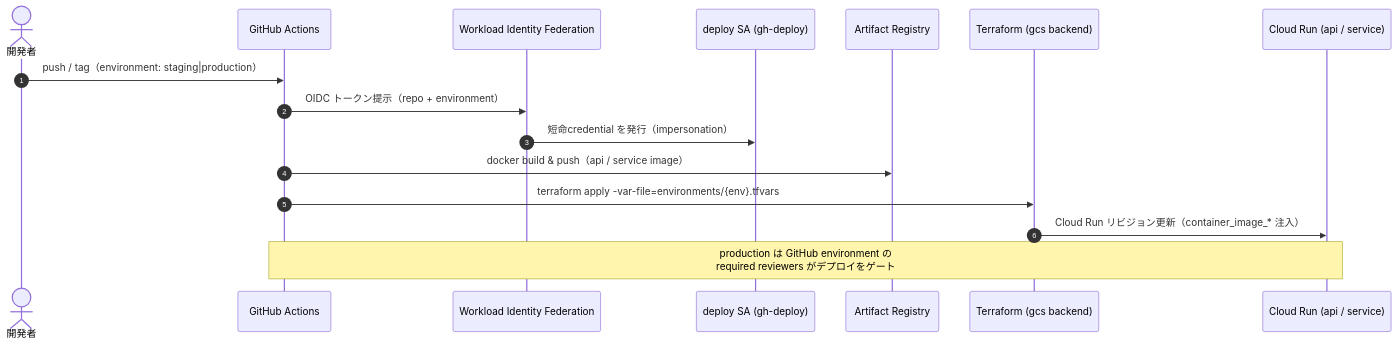
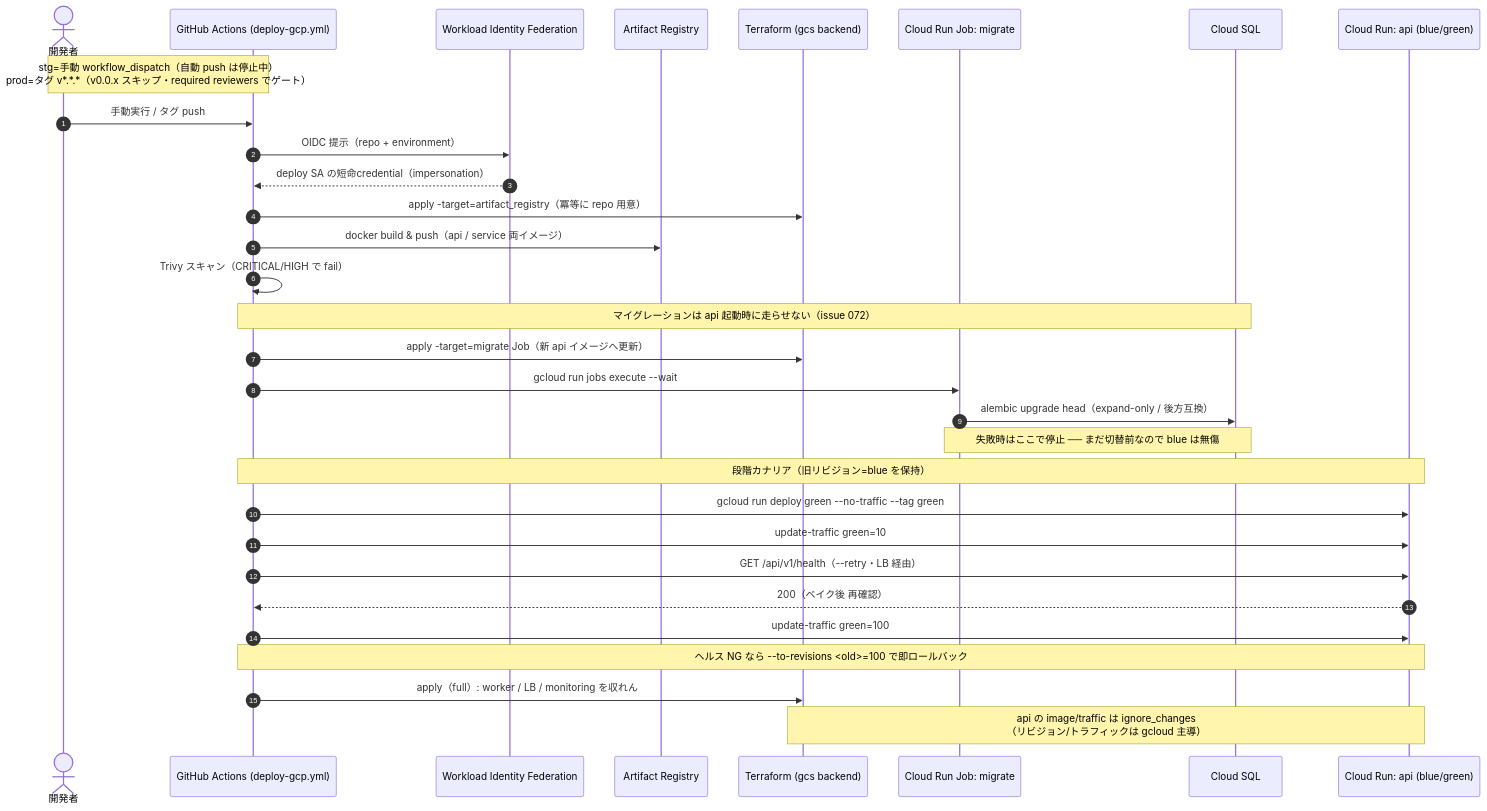
The seventh of 7 diagrams in docs/infra/sequence-diagrams.md (HarutoTakita/dev-debt-ops), drawn with Mermaid before and after one commit. The commit also changed other lines of this file, not shown here.

Commit message:
:books: [docs] シーケンス図 #7（CI/CD）を現行のブルーグリーン構成に最新化
- 「deploy ワークフローは未配置」という旧記述を実態へ更新: deploy-stg.yml（手動 workflow_dispatch・自動 push 停止中）/ deploy-prod.yml（タグ v*.*.*・v0.0.x スキップ・required reviewers ゲート）→ 再利用 deploy-gcp.yml
- issue 072 のフローを反映: マイグレーションは boot で実行せず migrate Cloud Run Job で expand-only を切替前に適用 → api を段階カナリア（0%→10%→100%・ヘルスゲート・即ロールバック）→ full apply で worker/LB/monitoring を収れん（api image/traffic は ignore_changes）
- Trivy スキャン・Artifact Registry 事前用意・WIF impersonation も明示
- 見出し変更に合わせて目次アンカーを追随（#1〜#6 は現行実装と一致を確認済みで据え置き）

````diff
--- a/docs/infra/sequence-diagrams.md
+++ b/docs/infra/sequence-diagrams.md
@@ -237,19 +241,38 @@
 ```mermaid
 sequenceDiagram
     autonumber
     actor Dev as 開発者
-    participant GHA as GitHub Actions
+    participant GHA as GitHub Actions (deploy-gcp.yml)
     participant WIF as Workload Identity Federation
-    participant SA as deploy SA (gh-deploy)
     participant AR as Artifact Registry
     participant TF as Terraform (gcs backend)
-    participant CR as Cloud Run (api / service)
+    participant MJ as Cloud Run Job: migrate
+    participant DB as Cloud SQL
+    participant API as Cloud Run: api (blue/green)
 
-    Dev->>GHA: push / tag（environment: staging|production）
-    GHA->>WIF: OIDC トークン提示（repo + environment）
-    WIF->>SA: 短命credential を発行（impersonation）
-    GHA->>AR: docker build & push（api / service image）
-    GHA->>TF: terraform apply -var-file=environments/{env}.tfvars
-    TF->>CR: Cloud Run リビジョン更新（container_image_* 注入）
-    Note over GHA,CR: production は GitHub environment の<br/>required reviewers がデプロイをゲート
+    Note over Dev,GHA: stg=手動 workflow_dispatch（自動 push は停止中）<br/>prod=タグ v*.*.*（v0.0.x スキップ・required reviewers でゲート）
+    Dev->>GHA: 手動実行 / タグ push
+    GHA->>WIF: OIDC 提示（repo + environment）
+    WIF-->>GHA: deploy SA の短命credential（impersonation）
+
+    GHA->>TF: apply -target=artifact_registry（冪等に repo 用意）
+    GHA->>AR: docker build & push（api / service 両イメージ）
+    GHA->>GHA: Trivy スキャン（CRITICAL/HIGH で fail）
+
+    Note over GHA,DB: マイグレーションは api 起動時に走らせない（issue 072）
+    GHA->>TF: apply -target=migrate Job（新 api イメージへ更新）
+    GHA->>MJ: gcloud run jobs execute --wait
+    MJ->>DB: alembic upgrade head（expand-only / 後方互換）
+    Note over MJ,DB: 失敗時はここで停止 ── まだ切替前なので blue は無傷
+
+    Note over GHA,API: 段階カナリア（旧リビジョン=blue を保持）
+    GHA->>API: gcloud run deploy green --no-traffic --tag green
+    GHA->>API: update-traffic green=10
+    GHA->>API: GET /api/v1/health（--retry・LB 経由）
+    API-->>GHA: 200（ベイク後 再確認）
+    GHA->>API: update-traffic green=100
+    Note over GHA,API: ヘルス NG なら --to-revisions <old>=100 で即ロールバック
+
+    GHA->>TF: apply（full）: worker / LB / monitoring を収れん
+    Note over TF,API: api の image/traffic は ignore_changes<br/>（リビジョン/トラフィックは gcloud 主導）
 ```
````
